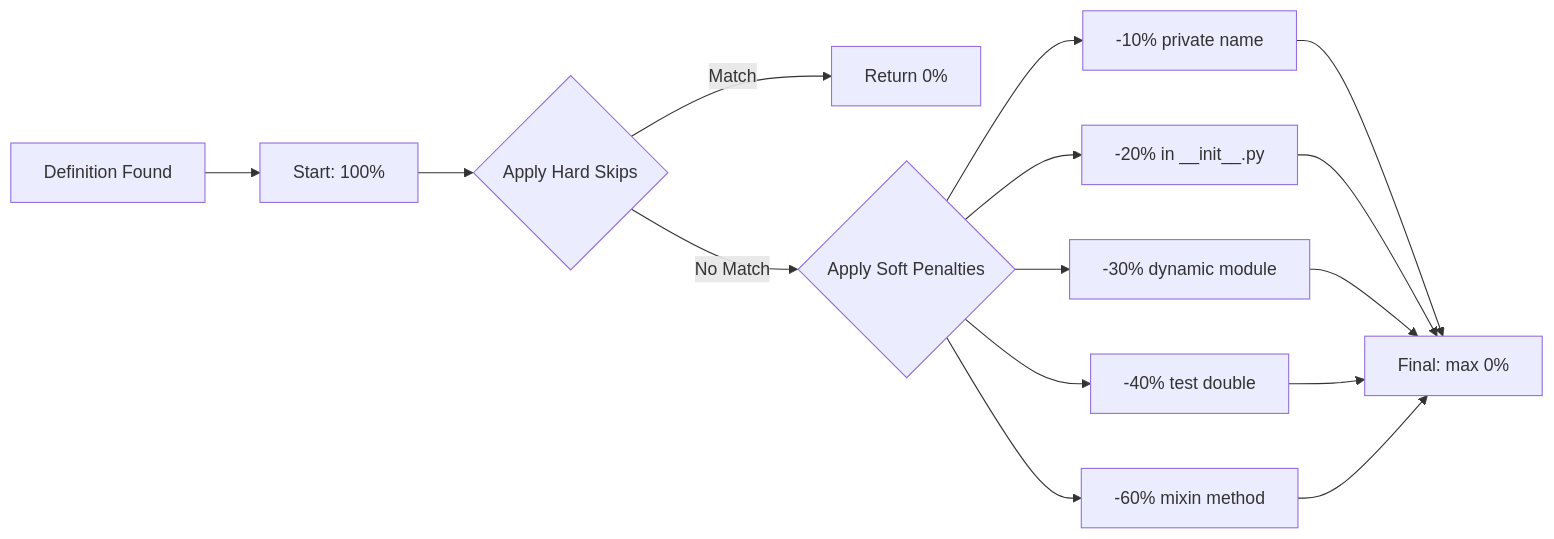
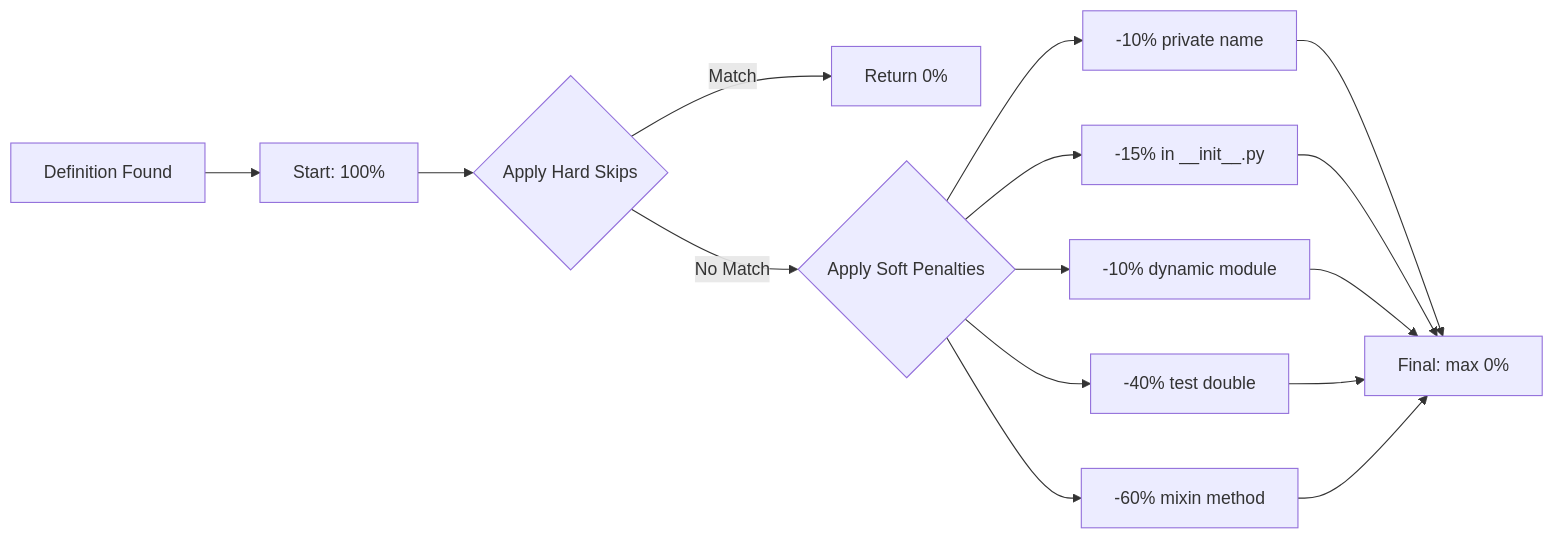
One commit to duriantaco/skylos-docs changed the diagram in docs/guides/penalty-system.mdx. Above: the diagram before and after it, drawn with Mermaid. The commit also changed other lines of this file and 59 other files, not shown here.

````diff
--- a/docs/guides/penalty-system.mdx
+++ b/docs/guides/penalty-system.mdx
@@ -33,17 +33,17 @@
 ```mermaid
 flowchart LR
     A[Definition Found] --> B[Start: 100%]
     B --> C{Apply Hard Skips}
     C -->|Match| D[Return 0%]
     C -->|No Match| E{Apply Soft Penalties}
     E --> F[-10% private name]
-    E --> G[-20% in __init__.py]
-    E --> H[-30% dynamic module]
+    E --> G[-15% in __init__.py]
+    E --> H[-10% dynamic module]
     E --> I[-40% test double]
     E --> J[-60% mixin method]
     F --> K[Final: max 0%]
     G --> K
     H --> K
     I --> K
     J --> K
 ```
````
